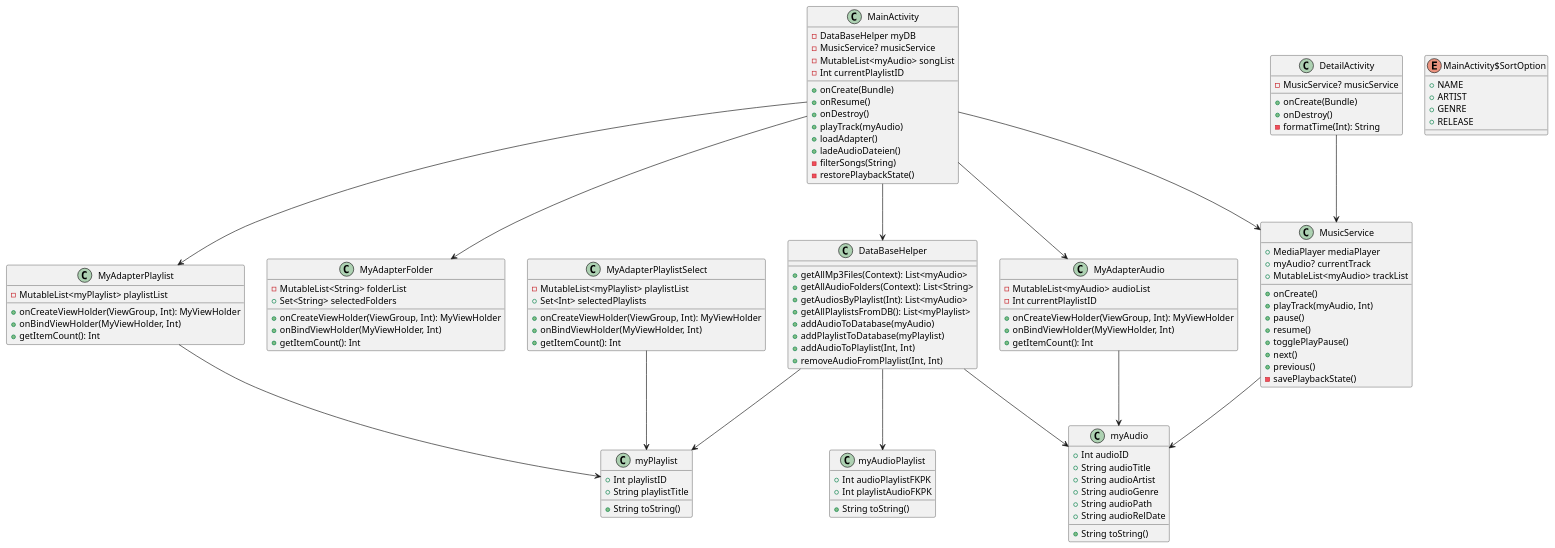
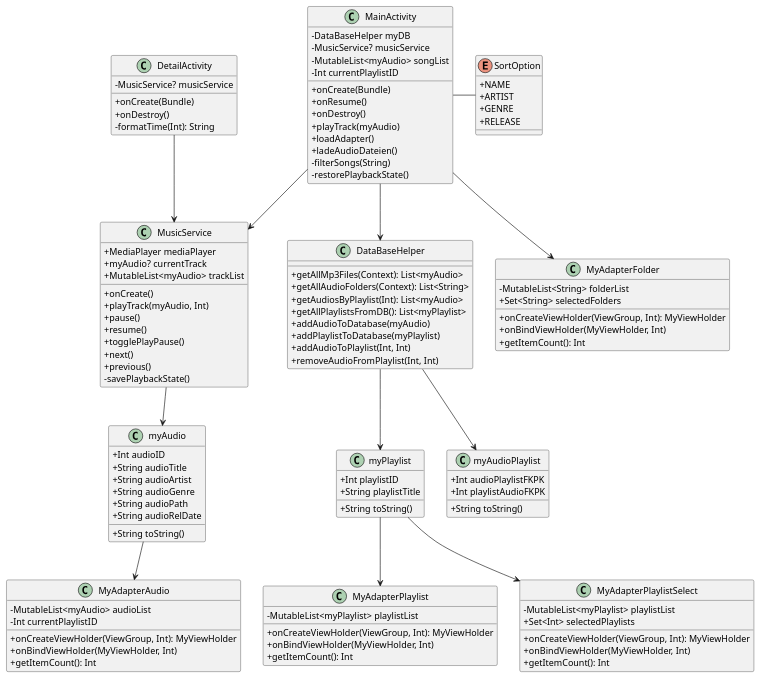
The diagram in NewDiagram.puml (MatthiasWork/AndroidMusicPlayer), drawn with PlantUML before and after one commit.

```diff
--- a/NewDiagram.puml
+++ b/NewDiagram.puml
@@ -1,122 +1,136 @@
 @startuml
-class myAudio {
-+ Int audioID
-+ String audioTitle
-+ String audioArtist
-+ String audioGenre
-+ String audioPath
-+ String audioRelDate
-+ String toString()
-}
+skinparam classAttributeIconSize 0
 
-class MyAdapterFolder {
-- MutableList<String> folderList
-+ Set<String> selectedFolders
-+ onCreateViewHolder(ViewGroup, Int): MyViewHolder
-+ onBindViewHolder(MyViewHolder, Int)
-+ getItemCount(): Int
-}
-
-class MyAdapterAudio {
-- MutableList<myAudio> audioList
-- Int currentPlaylistID
-+ onCreateViewHolder(ViewGroup, Int): MyViewHolder
-+ onBindViewHolder(MyViewHolder, Int)
-+ getItemCount(): Int
-}
-
-class MyAdapterPlaylist {
-- MutableList<myPlaylist> playlistList
-+ onCreateViewHolder(ViewGroup, Int): MyViewHolder
-+ onBindViewHolder(MyViewHolder, Int)
-+ getItemCount(): Int
-}
-
-class MyAdapterPlaylistSelect {
-- MutableList<myPlaylist> playlistList
-+ Set<Int> selectedPlaylists
-+ onCreateViewHolder(ViewGroup, Int): MyViewHolder
-+ onBindViewHolder(MyViewHolder, Int)
-+ getItemCount(): Int
-}
-
-enum MainActivity$SortOption {
-+  NAME
-+  ARTIST
-+  GENRE
-+  RELEASE
-}
-
+' Ebene 1: MainActivity ganz oben
 class MainActivity {
 - DataBaseHelper myDB
 - MusicService? musicService
 - MutableList<myAudio> songList
 - Int currentPlaylistID
 + onCreate(Bundle)
 + onResume()
 + onDestroy()
 + playTrack(myAudio)
 + loadAdapter()
 + ladeAudioDateien()
 - filterSongs(String)
 - restorePlaybackState()
 }
 
-class DetailActivity {
-- MusicService? musicService
-+ onCreate(Bundle)
-+ onDestroy()
-- formatTime(Int): String
+enum SortOption {
++  NAME
++  ARTIST
++  GENRE
++  RELEASE
 }
 
-class myPlaylist {
-+ Int playlistID
-+ String playlistTitle
-+ String toString()
-}
+MainActivity - SortOption
 
-class myAudioPlaylist {
-+ Int audioPlaylistFKPK
-+ Int playlistAudioFKPK
-+ String toString()
-}
-
-class DataBaseHelper {
-+ getAllMp3Files(Context): List<myAudio>
-+ getAllAudioFolders(Context): List<String>
-+ getAudiosByPlaylist(Int): List<myAudio>
-+ getAllPlaylistsFromDB(): List<myPlaylist>
-+ addAudioToDatabase(myAudio)
-+ addPlaylistToDatabase(myPlaylist)
-+ addAudioToPlaylist(Int, Int)
-+ removeAudioFromPlaylist(Int, Int)
-}
+' Ebene 2: Services direkt darunter
+MainActivity -down-> MusicService
+MainActivity -down-> DataBaseHelper
 
 class MusicService {
 + MediaPlayer mediaPlayer
 + myAudio? currentTrack
 + MutableList<myAudio> trackList
 + onCreate()
 + playTrack(myAudio, Int)
 + pause()
 + resume()
 + togglePlayPause()
 + next()
 + previous()
 - savePlaybackState()
 }
 
-MainActivity --> MusicService
-MainActivity --> DataBaseHelper
-MainActivity --> MyAdapterAudio
-MainActivity --> MyAdapterPlaylist
-MainActivity --> MyAdapterFolder
-DetailActivity --> MusicService
-MusicService --> myAudio
-DataBaseHelper --> myAudio
-DataBaseHelper --> myPlaylist
-DataBaseHelper --> myAudioPlaylist
-MyAdapterAudio --> myAudio
-MyAdapterPlaylist --> myPlaylist
-MyAdapterPlaylistSelect --> myPlaylist
+class DataBaseHelper {
++ getAllMp3Files(Context): List<myAudio>
++ getAllAudioFolders(Context): List<String>
++ getAudiosByPlaylist(Int): List<myAudio>
++ getAllPlaylistsFromDB(): List<myPlaylist>
++ addAudioToDatabase(myAudio)
++ addPlaylistToDatabase(myPlaylist)
++ addAudioToPlaylist(Int, Int)
++ removeAudioFromPlaylist(Int, Int)
+}
+
+' Ebene 3: DetailActivity separat
+class DetailActivity {
+- MusicService? musicService
++ onCreate(Bundle)
++ onDestroy()
+- formatTime(Int): String
+}
+
+DetailActivity -down-> MusicService
+
+' Ebene 4: Adapter alle untereinander
+MusicService -down-> myAudio
+
+class myAudio {
++ Int audioID
++ String audioTitle
++ String audioArtist
++ String audioGenre
++ String audioPath
++ String audioRelDate
++ String toString()
+}
+
+DataBaseHelper -down-> myPlaylist
+
+class myPlaylist {
++ Int playlistID
++ String playlistTitle
++ String toString()
+}
+
+DataBaseHelper -down-> myAudioPlaylist
+
+class myAudioPlaylist {
++ Int audioPlaylistFKPK
++ Int playlistAudioFKPK
++ String toString()
+}
+
+myAudio -down-> MyAdapterAudio
+
+class MyAdapterAudio {
+- MutableList<myAudio> audioList
+- Int currentPlaylistID
++ onCreateViewHolder(ViewGroup, Int): MyViewHolder
++ onBindViewHolder(MyViewHolder, Int)
++ getItemCount(): Int
+}
+
+myPlaylist -down-> MyAdapterPlaylist
+
+class MyAdapterPlaylist {
+- MutableList<myPlaylist> playlistList
++ onCreateViewHolder(ViewGroup, Int): MyViewHolder
++ onBindViewHolder(MyViewHolder, Int)
++ getItemCount(): Int
+}
+
+myPlaylist -down-> MyAdapterPlaylistSelect
+
+class MyAdapterPlaylistSelect {
+- MutableList<myPlaylist> playlistList
++ Set<Int> selectedPlaylists
++ onCreateViewHolder(ViewGroup, Int): MyViewHolder
++ onBindViewHolder(MyViewHolder, Int)
++ getItemCount(): Int
+}
+
+class MyAdapterFolder {
+- MutableList<String> folderList
++ Set<String> selectedFolders
++ onCreateViewHolder(ViewGroup, Int): MyViewHolder
++ onBindViewHolder(MyViewHolder, Int)
++ getItemCount(): Int
+}
+
+MainActivity -down-> MyAdapterFolder
+
 @enduml
```
